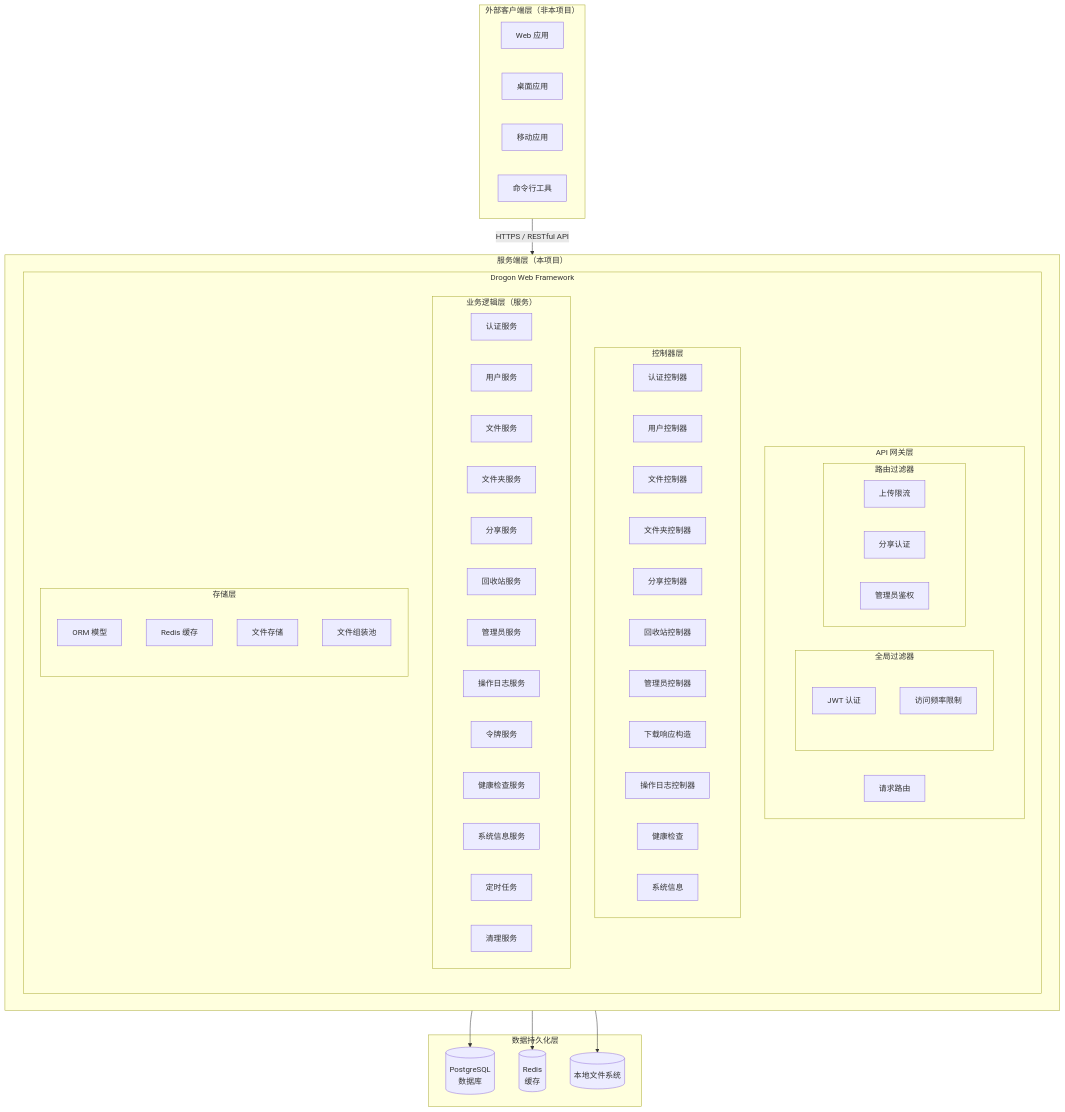
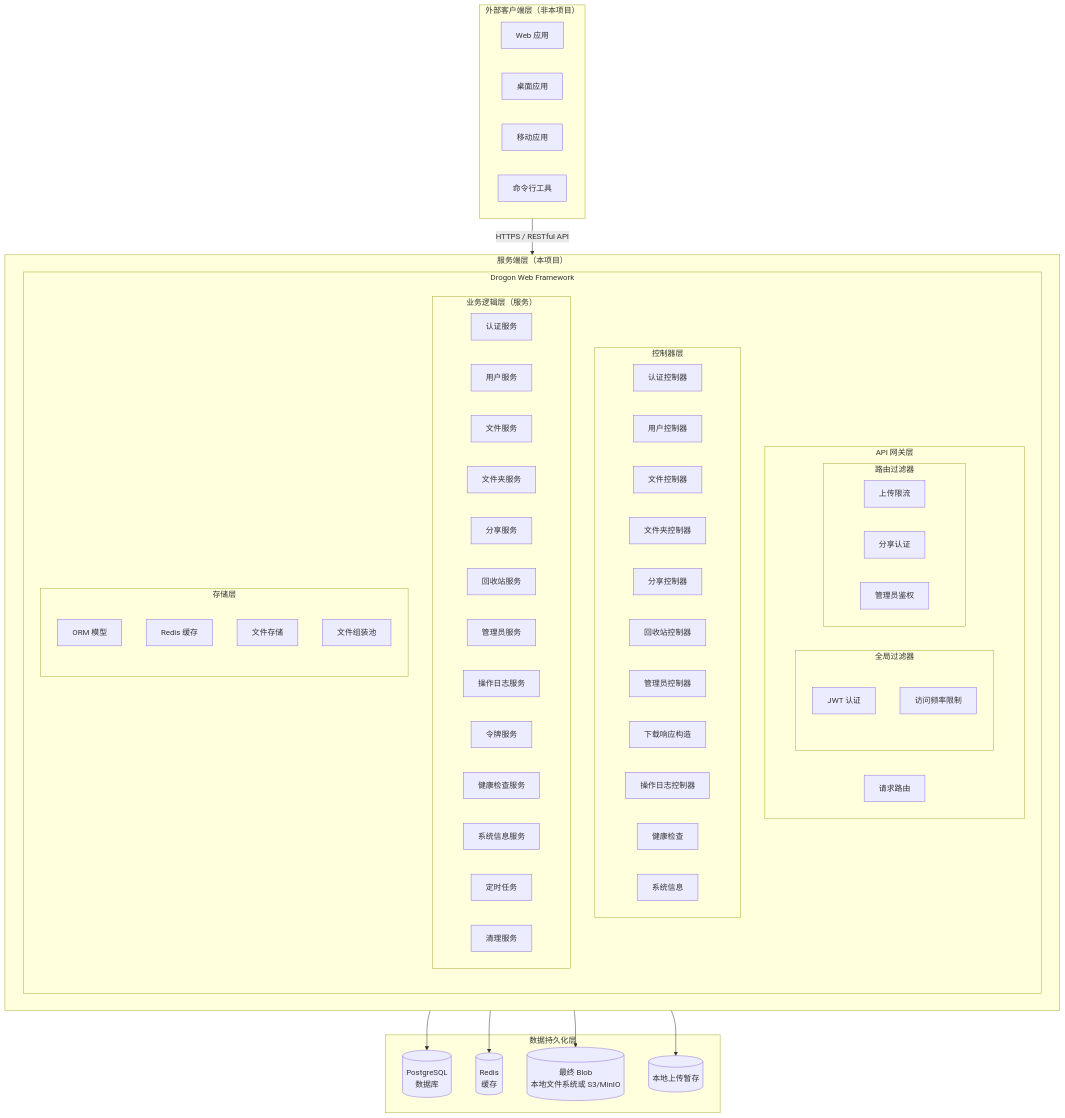
The first of 5 diagrams in docs/design/00-系统概述.md (yizhinailong/disk), drawn with Mermaid before and after one commit. The commit also changed other lines of this file and 6 other files, not shown here.

````diff
--- a/docs/design/00-系统概述.md
+++ b/docs/design/00-系统概述.md
@@ -32,71 +32,73 @@
 ```mermaid
 flowchart TB
     subgraph Clients["外部客户端层（非本项目）"]
         WebApp["Web 应用"]
         Desktop["桌面应用"]
         Mobile["移动应用"]
         CLI["命令行工具"]
     end
 
     subgraph Server["服务端层（本项目）"]
         subgraph Drogon["Drogon Web Framework"]
             subgraph APIGateway["API 网关层"]
                 subgraph Filters["全局过滤器"]
                     JWT["JWT 认证"]
                     RateLimit["访问频率限制"]
                 end
                 subgraph PerRouteFilters["路由过滤器"]
                     UploadRateLimit["上传限流"]
                     ShareAuth["分享认证"]
                     AdminAuth["管理员鉴权"]
                 end
                 Router["请求路由"]
             end
             subgraph Controllers["控制器层"]
                 AuthCtrl["认证控制器"]
                 UserCtrl["用户控制器"]
                 FileCtrl["文件控制器"]
                 FolderCtrl["文件夹控制器"]
                 ShareCtrl["分享控制器"]
                 TrashCtrl["回收站控制器"]
                 AdminCtrl["管理员控制器"]
                 DownloadResponder["下载响应构造"]
                 OperationLogController["操作日志控制器"]
                 HealthCtrl["健康检查"]
                 SysCtrl["系统信息"]
             end
             subgraph Business["业务逻辑层（服务）"]
                 AuthService["认证服务"]
                 UserService["用户服务"]
                 FileService["文件服务"]
                 FolderService["文件夹服务"]
                 ShareService["分享服务"]
                 TrashService["回收站服务"]
                 AdminService["管理员服务"]
                 OpLogService["操作日志服务"]
                 TokenService["令牌服务"]
                 HealthService["健康检查服务"]
                 SystemService["系统信息服务"]
                 ScheduledTasks["定时任务"]
                 CleanupService["清理服务"]
             end
             subgraph Storage["存储层"]
                 ORM["ORM 模型"]
                 RedisCache["Redis 缓存"]
                 FileStorage["文件存储"]
                 AssemblyPool["文件组装池"]
             end
         end
     end
 
     subgraph Data["数据持久化层"]
         PostgreSQL[("PostgreSQL<br/>数据库")]
         Redis[("Redis<br/>缓存")]
-        FileSystem[("本地文件系统")]
+        BlobStorage[("最终 Blob<br/>本地文件系统或 S3/MinIO")]
+        Staging[("本地上传暂存")]
     end
 
     Clients -->|"HTTPS / RESTful API"| Server
     Server --> PostgreSQL
     Server --> Redis
-    Server --> FileSystem
+    Server --> BlobStorage
+    Server --> Staging
 ```
````
